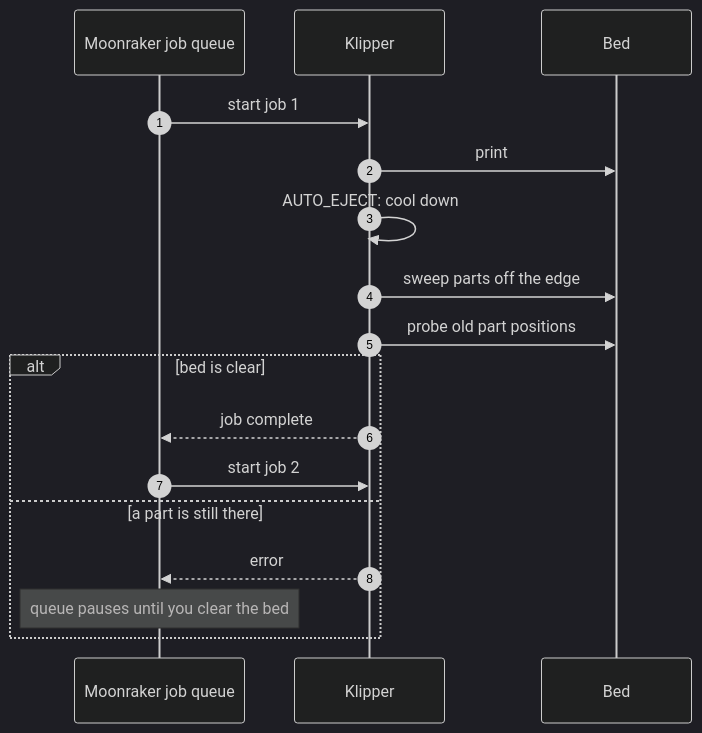
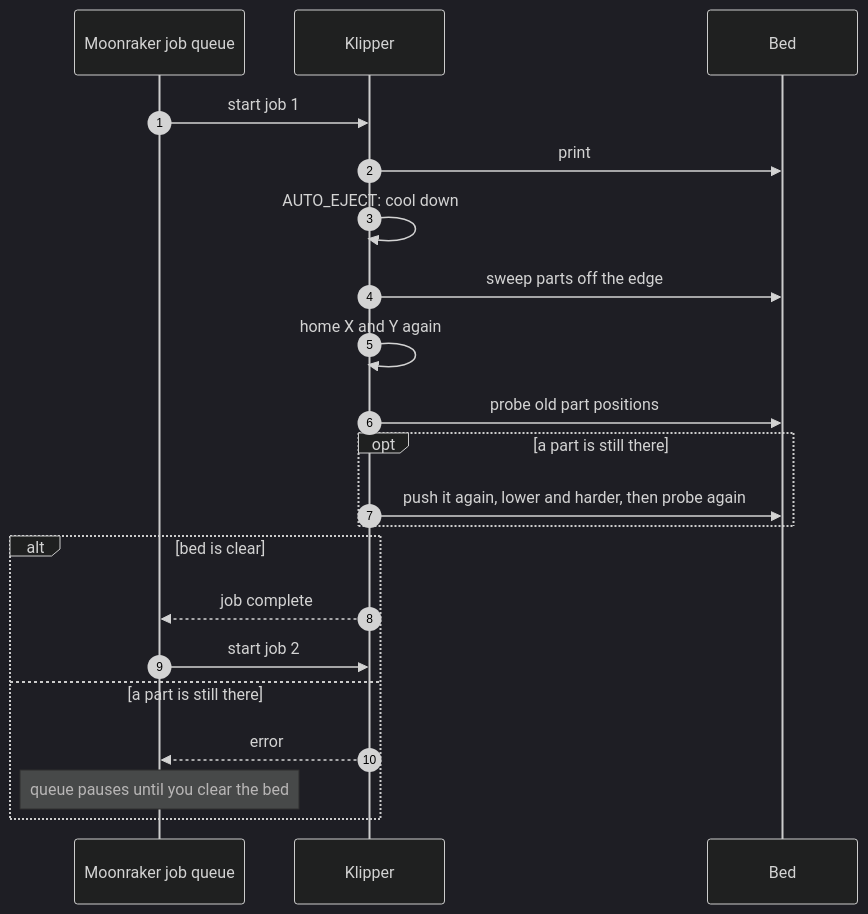
Before and after one commit to ahmedbebars/klipper-auto-eject: the diagram in docs/integration.md, drawn with Mermaid (dark theme). The commit also changed 11 other files, not shown here.

````diff
--- a/docs/integration.md
+++ b/docs/integration.md
@@ -75,19 +75,23 @@
 ```mermaid
 sequenceDiagram
     autonumber
     participant Q as Moonraker job queue
     participant K as Klipper
     participant B as Bed
     Q->>K: start job 1
     K->>B: print
     K->>K: AUTO_EJECT: cool down
     K->>B: sweep parts off the edge
+    K->>K: home X and Y again
     K->>B: probe old part positions
+    opt a part is still there
+        K->>B: push it again, lower and harder, then probe again
+    end
     alt bed is clear
         K-->>Q: job complete
         Q->>K: start job 2
     else a part is still there
         K-->>Q: error
         Note over Q: queue pauses until you clear the bed
     end
 ```
````
